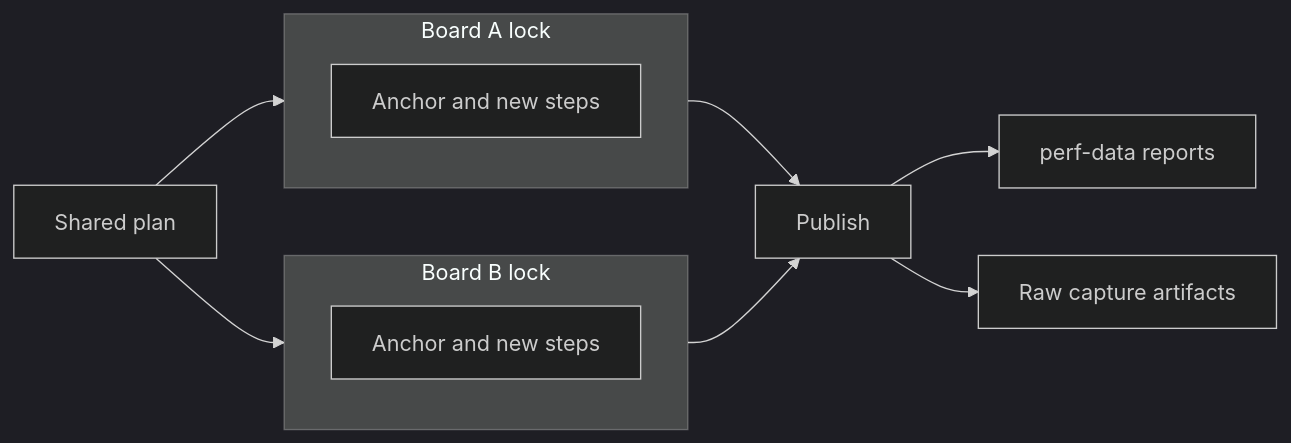
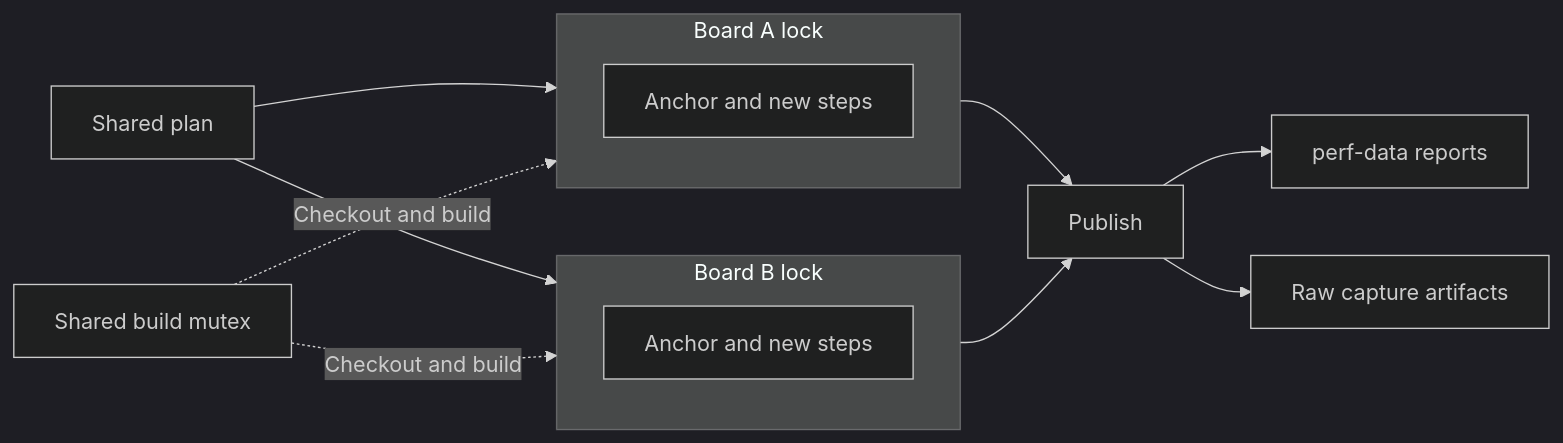
Before and after one commit to jose-villegas/autana: the third of 4 diagrams in launcher/tools/perf/README.md, drawn with Mermaid (dark theme). The commit also changed other lines of this file and 4 other files, not shown here.

````diff
--- a/launcher/tools/perf/README.md
+++ b/launcher/tools/perf/README.md
@@ -247,15 +247,18 @@
 ```mermaid
 flowchart LR
     Plan[Shared plan] --> A
     Plan --> B
     subgraph A[Board A lock]
         LaneA[Anchor and new steps]
     end
     subgraph B[Board B lock]
         LaneB[Anchor and new steps]
     end
+    Mutex[Shared build mutex]
+    Mutex -. Checkout and build .-> A
+    Mutex -. Checkout and build .-> B
     A --> Publish[Publish]
     B --> Publish
     Publish --> Data[perf-data reports]
     Publish --> Artifacts[Raw capture artifacts]
 ```
````
